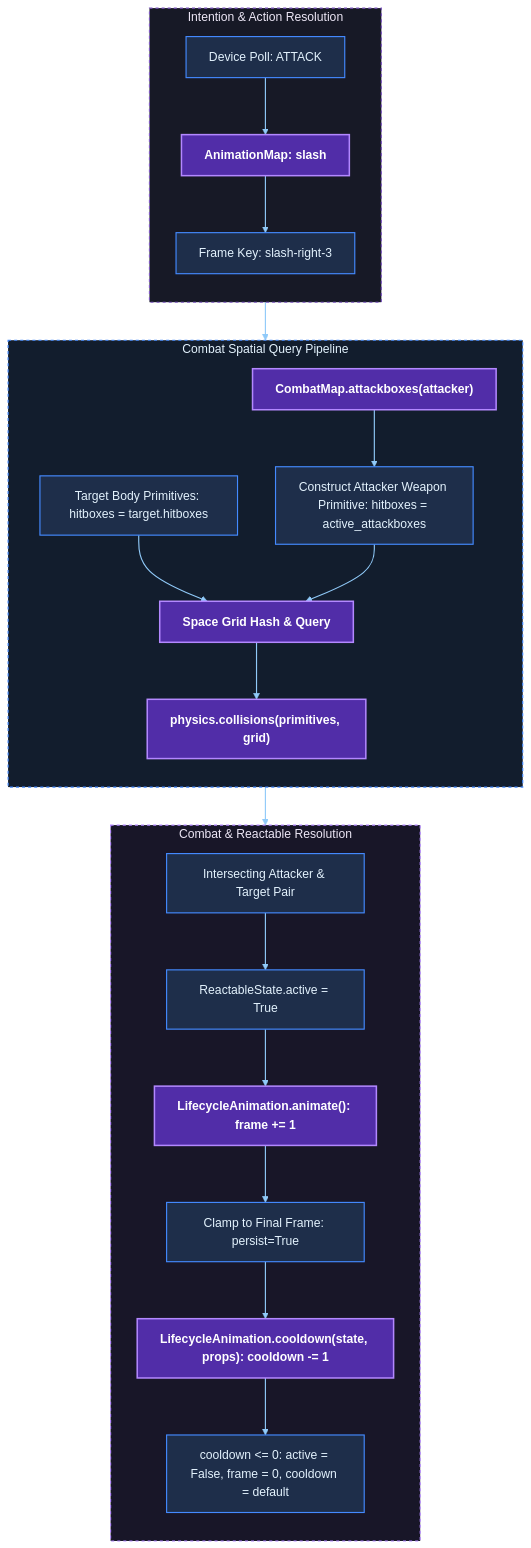
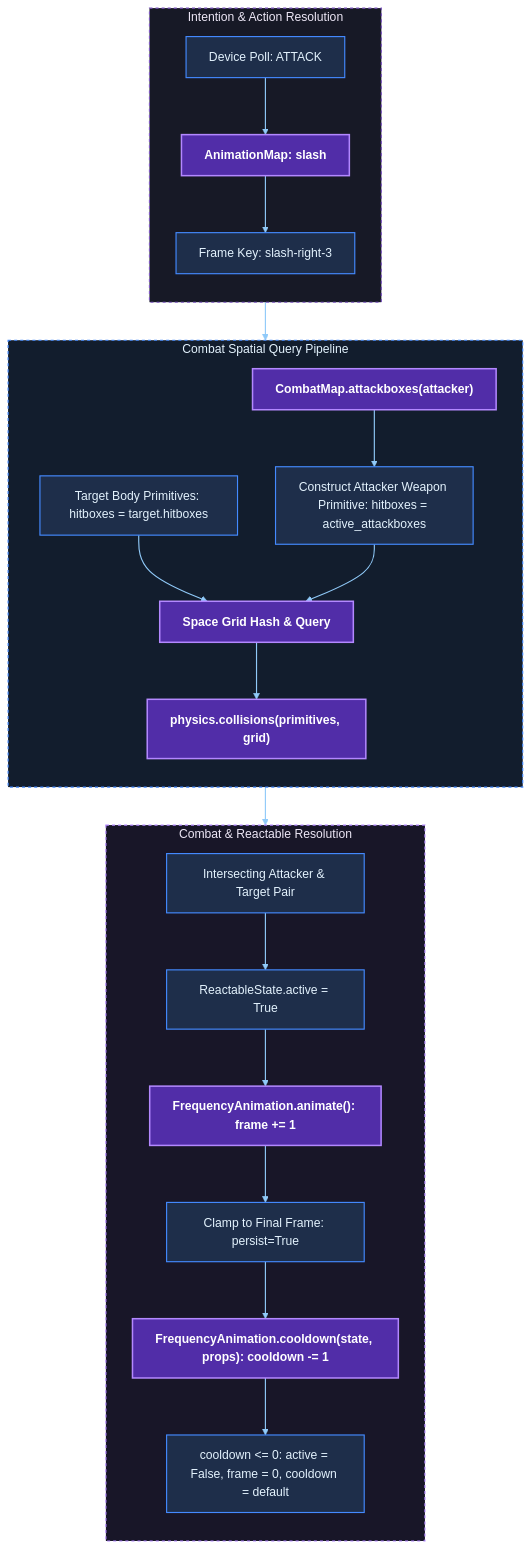
One commit to chinchalinchin/ontology changed the diagram in docs/static/mmd/mechanics-combat.mmd. Above: the diagram before and after it, drawn with Mermaid. The commit also changed 66 other files, not shown here.

```diff
--- a/docs/static/mmd/mechanics-combat.mmd
+++ b/docs/static/mmd/mechanics-combat.mmd
@@ -1,44 +1,44 @@
 flowchart TD
     subgraph Input ["Intention & Action Resolution"]
       direction TB
         PlayerInput["Device Poll: ATTACK"] --> ActionMap["AnimationMap: slash"]
         ActionMap --> ActiveFrame["Frame Key: slash-right-3"]
     end
 
     subgraph Spatial ["Combat Spatial Query Pipeline"]
       direction TB
         ActiveFrame --> AttackboxLookup["CombatMap.attackboxes(attacker)"]
         AttackboxLookup --> ExtentPrimitive["Construct Attacker Weapon Primitive: hitboxes = active_attackboxes"]
         TargetHitboxes["Target Body Primitives: hitboxes = target.hitboxes"] --> SpatialGrid["Space Grid Hash & Query"]
         ExtentPrimitive --> SpatialGrid
         SpatialGrid --> CythonNarrow["physics.collisions(primitives, grid)"]
     end
 
     subgraph Resolution ["Combat & Reactable Resolution"]
       direction TB
         CythonNarrow --> ConfirmedPair["Intersecting Attacker & Target Pair"]
         ConfirmedPair --> ReactableTrigger["ReactableState.active = True"]
-        ReactableTrigger --> AnimTick["LifecycleAnimation.animate(): frame += 1"]
+        ReactableTrigger --> AnimTick["FrequencyAnimation.animate(): frame += 1"]
         AnimTick --> Clamp["Clamp to Final Frame: persist=True"]
-        Clamp --> CooldownStep["LifecycleAnimation.cooldown(state, props): cooldown -= 1"]
+        Clamp --> CooldownStep["FrequencyAnimation.cooldown(state, props): cooldown -= 1"]
         CooldownStep --> Reset["cooldown <= 0: active = False, frame = 0, cooldown = default"]
     end
 
     %% Class Assignments
     class ActionMap,AttackboxLookup,SpatialGrid,CythonNarrow,AnimTick,CooldownStep mechanic;
     class PlayerInput,ActiveFrame,TargetHitboxes,ExtentPrimitive,ConfirmedPair,ReactableTrigger,Clamp,Reset data;
 
     %% Material UI Palette for MkDocs Slate Theme (Primary: Deep Purple, Accent: Blue)
     %% Mechanics & Execution: Deep Purple 700 fill (#512da8) + Deep Purple 200 border (#b388ff)
     classDef mechanic fill:#512da8,stroke:#b388ff,stroke-width:2px,color:#ffffff,font-weight:bold;
 
     %% State, Primitives & Event Boundaries: Dark Blue Container (#1e2e4a) + Blue A200 border (#448aff)
     classDef data fill:#1e2e4a,stroke:#448aff,stroke-width:1.5px,color:#e3f2fd;
 
     %% Subgraph Containers: Slate Darkened Backgrounds with Thematic Accents
     style Input fill:#171926,stroke:#7e57c2,stroke-width:1.5px,stroke-dasharray: 4 4,color:#ede7f6;
     style Spatial fill:#121d2d,stroke:#448aff,stroke-width:1.5px,stroke-dasharray: 4 4,color:#e3f2fd;
     style Resolution fill:#181628,stroke:#b388ff,stroke-width:1.5px,stroke-dasharray: 4 4,color:#ede7f6;
 
     %% Link Connectors: Light Blue Accent
     linkStyle default color:#e0e0e0,stroke:#90caf9,stroke-width:1.5px;
```
